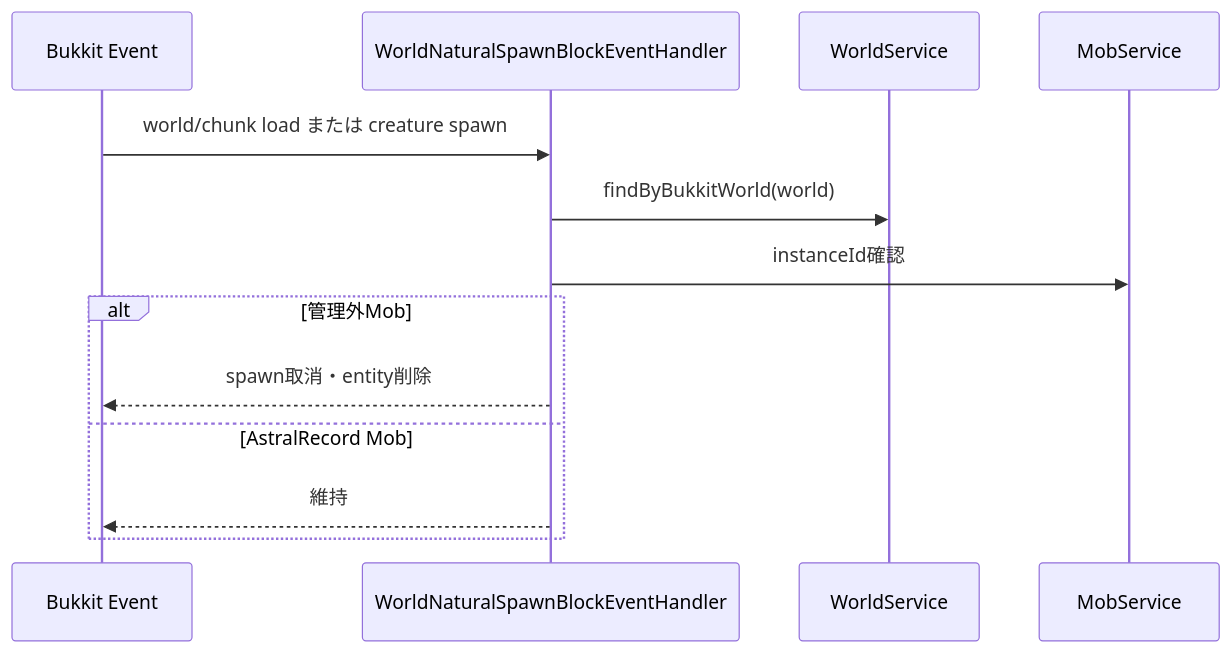
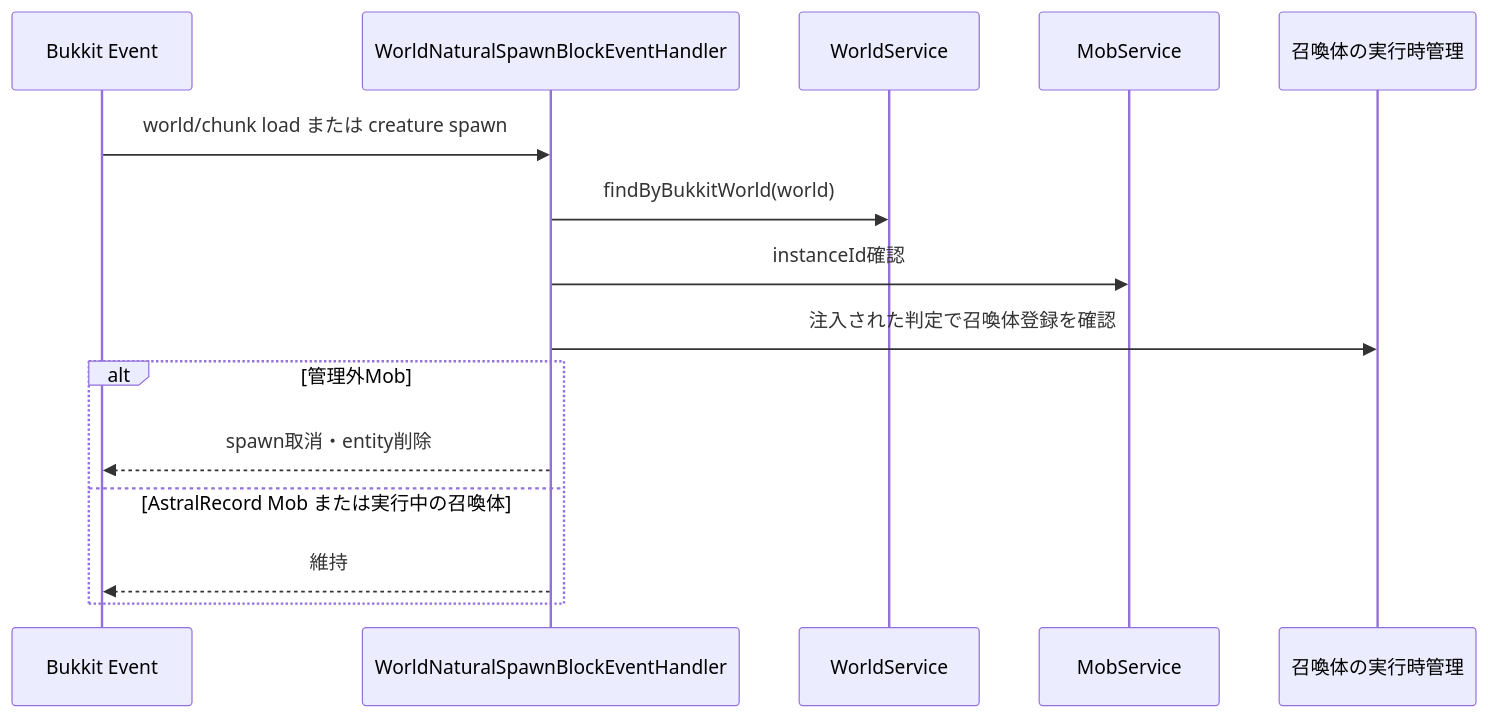
The fifth of 6 diagrams in 00_docs/10_Plugin設計書/feature/17-world/17_4-統合フロー.md (maaasu/AstralRecord-Workspace), drawn with Mermaid before and after one commit. The commit also changed other lines of this file and 7 other files, not shown here.

````diff
--- a/00_docs/10_Plugin設計書/feature/17-world/17_4-統合フロー.md
+++ b/00_docs/10_Plugin設計書/feature/17-world/17_4-統合フロー.md
@@ -159,15 +159,17 @@
 ```mermaid
 sequenceDiagram
     participant Bukkit as Bukkit Event
     participant Handler as WorldNaturalSpawnBlockEventHandler
     participant World as WorldService
     participant Mob as MobService
+    participant Summon as 召喚体の実行時管理
     Bukkit->>Handler: world/chunk load または creature spawn
     Handler->>World: findByBukkitWorld(world)
     Handler->>Mob: instanceId確認
+    Handler->>Summon: 注入された判定で召喚体登録を確認
     alt 管理外Mob
         Handler-->>Bukkit: spawn取消・entity削除
-    else AstralRecord Mob
+    else AstralRecord Mob または実行中の召喚体
         Handler-->>Bukkit: 維持
     end
 ```
````
